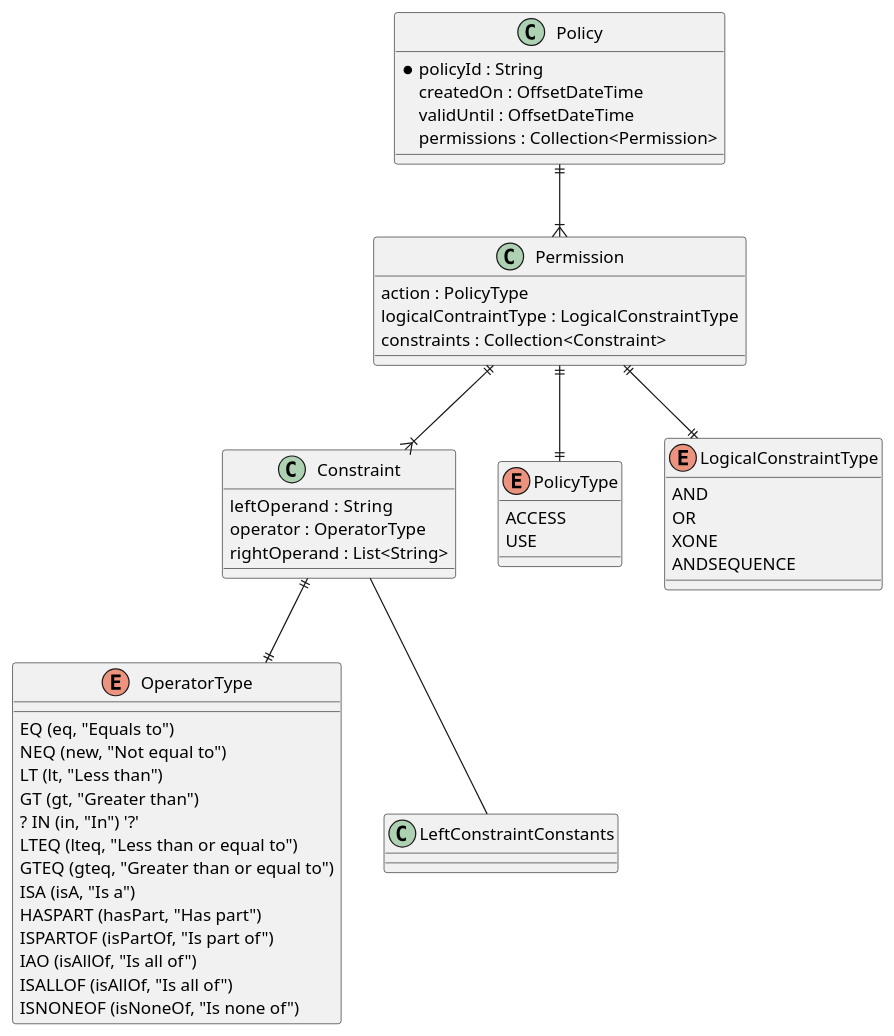
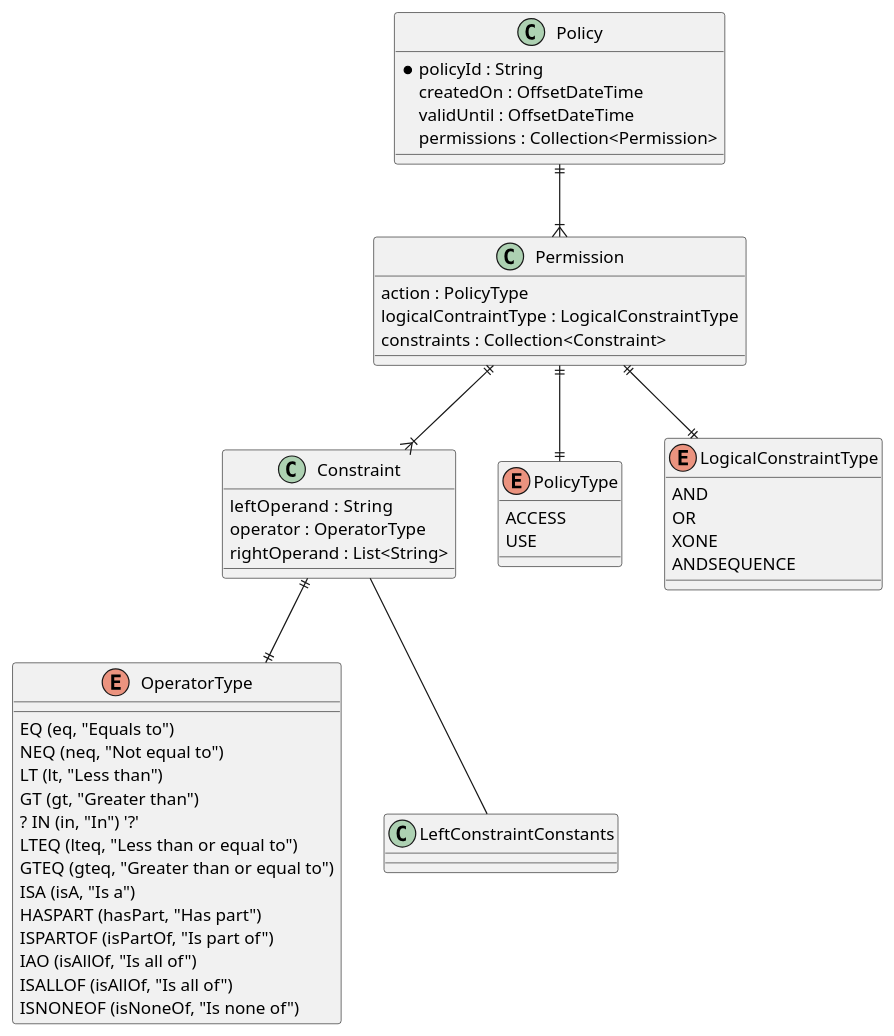
One commit to eclipse-tractusx/item-relationship-service changed the diagram in docs/src/uml-diagrams/policy-store/policy-store-model.puml. Above: the diagram before and after it, drawn with PlantUML.

```diff
--- a/docs/src/uml-diagrams/policy-store/policy-store-model.puml
+++ b/docs/src/uml-diagrams/policy-store/policy-store-model.puml
@@ -1,77 +1,77 @@
 @startuml
 'https://plantuml.com/class-diagram
 
 
 
 'https://www.w3.org/TR/odrl-model/'
 
 
 class Policy {
     * policyId : String
     createdOn : OffsetDateTime
     validUntil : OffsetDateTime
     permissions : Collection<Permission>
 }
 
 class Permission {
     action : PolicyType
     logicalContraintType : LogicalConstraintType
     constraints : Collection<Constraint>
 }
 
 
 class Constraint {
      leftOperand  : String
      operator : OperatorType
      rightOperand : List<String>
 }
 
 'https://www.w3.org/TR/odrl-vocab/#constraintRelationalOperators'
 enum OperatorType {
     EQ (eq, "Equals to")
-    NEQ (new, "Not equal to")
+    NEQ (neq, "Not equal to")
     LT (lt, "Less than")
     GT (gt, "Greater than")
     ? IN (in, "In") '?'
     LTEQ (lteq, "Less than or equal to")
     GTEQ (gteq, "Greater than or equal to")
     ISA (isA, "Is a")
     HASPART (hasPart, "Has part")
     ISPARTOF (isPartOf, "Is part of")
     IAO (isAllOf, "Is all of")
     ISALLOF (isAllOf, "Is all of")
     ISNONEOF (isNoneOf, "Is none of")
 }
 
 '"@id": "http://www.w3.org/ns/odrl/2/gt"'
 '"@id": "http://www.w3.org/ns/odrl/2/gteq"'
 '"@id": "http://www.w3.org/ns/odrl/2/isPartOf"'
 '"@id": "http://www.w3.org/ns/odrl/2/hasPart"'
 '"@id": "http://www.w3.org/ns/odrl/2/isAnyOf"'
 '"@id": "http://www.w3.org/ns/odrl/2/lteq"'
 '"@id": "http://www.w3.org/ns/odrl/2/eq"'
 '"@id": "http://www.w3.org/ns/odrl/2/neq"'
 '"@id": "http://www.w3.org/ns/odrl/2/isNoneOf"'
 '"@id": "http://www.w3.org/ns/odrl/2/lt"'
 '"@id": "http://www.w3.org/ns/odrl/2/isAllOf"'
 '"@id": "http://www.w3.org/ns/odrl/2/isA"'
 
 enum PolicyType {
     ACCESS
     USE
 }
 
 enum LogicalConstraintType{
     AND
     OR
     XONE
     ANDSEQUENCE
 }
 
 Policy ||--|{  Permission
 Permission ||--|| PolicyType
 Permission ||--|| LogicalConstraintType
 Permission ||--|{   Constraint
 Constraint ||--|| OperatorType
 Constraint -- LeftConstraintConstants
 @enduml
```
